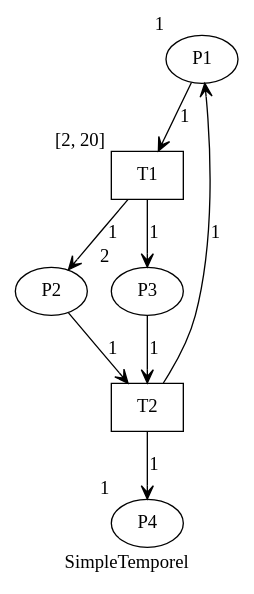
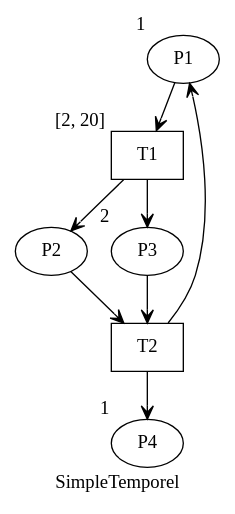
The diagram in src/fr.n7.petriNet.todot/output/rapport/SimpleTemporel.dot (louis-thevenet/n7-mini-projet-IDM), drawn with Graphviz before and after one commit. The commit also changed 2 other files, not shown here.

```diff
--- a/src/fr.n7.petriNet.todot/output/rapport/SimpleTemporel.dot
+++ b/src/fr.n7.petriNet.todot/output/rapport/SimpleTemporel.dot
@@ -1,19 +1,19 @@
 digraph SimpleTemporel {
 label=SimpleTemporel
 
 P1 [xlabel=1];
 P2 ;
 P3 [xlabel=2];
 P4 [xlabel=1];
 T1 [shape=rectangle] [xlabel="[2, 20]"];
 T2 [shape=rectangle] ;
 
-P1 -> T1  [arrowhead=vee]  [label=1];
-T1 -> P2  [arrowhead=vee]  [label=1];
-T1 -> P3  [arrowhead=vee]  [label=1];
-P2 -> T2  [arrowhead=vee]  [label=1];
-P3 -> T2  [arrowhead=vee]  [label=1];
-T2 -> P4  [arrowhead=vee]  [label=1];
-T2 -> P1  [arrowhead=vee]  [label=1];
+P1 -> T1  [arrowhead=vee]  ;
+T1 -> P2  [arrowhead=vee]  ;
+T1 -> P3  [arrowhead=vee]  ;
+P2 -> T2  [arrowhead=vee]  ;
+P3 -> T2  [arrowhead=vee]  ;
+T2 -> P4  [arrowhead=vee]  ;
+T2 -> P1  [arrowhead=vee]  ;
 
 }
```
